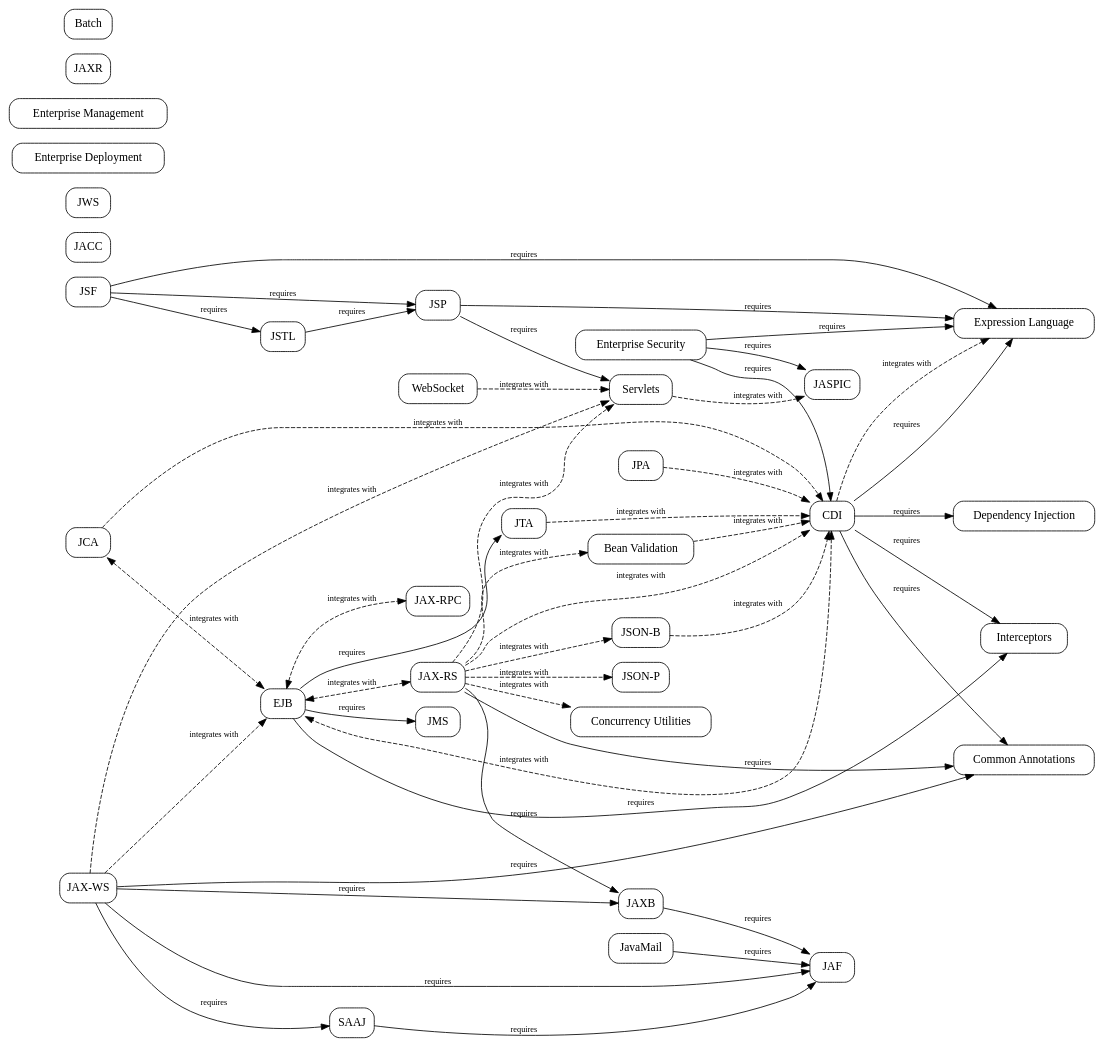
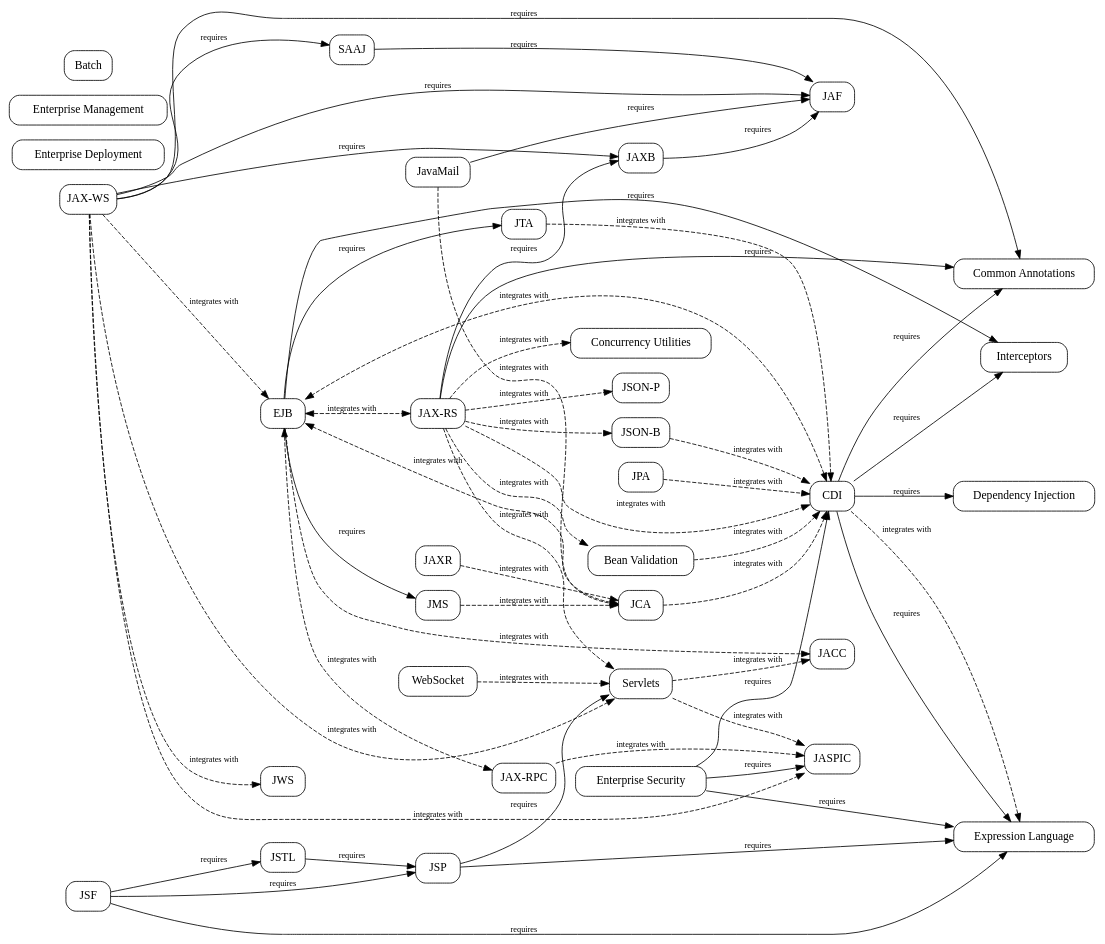
The diagram in src/dot/specs.dot (eclipse-ee4j/ee4j-website), drawn with Graphviz before and after one commit. The commit also changed 3 other files, not shown here.

```diff
--- a/src/dot/specs.dot
+++ b/src/dot/specs.dot
@@ -1,115 +1,123 @@
 /********************************************************************************
  * Copyright (c) 2018 Contributors to the Eclipse Foundation
  * 
  * See the NOTICE file(s) distributed with this work for additional
  * information regarding copyright ownership.
  * 
  * This program and the accompanying materials are made available under the
  * terms of the Eclipse Distribution License v. 1.0 which is available at
  * http://www.eclipse.org/org/documents/edl-v10.php.
  * 
  * SPDX-License-Identifier: BSD-3-Clause
  ********************************************************************************/
 
 // This file defines a graph of the relationship between the Jakarta EE specs.
 //
 // Render using Graphviz.
 // e.g. 
 // > dot specs.dot -Tsvg > specs.svg
 //
 
 digraph G {
 	rankdir=LR;
 	rank=same;
 
 	// "Specification" nodes
 	node[ shape=box, style="rounded" ];
 	ca[ label="Common Annotations" ];
 	ejb[ label="EJB" ];
 	el[ label="Expression Language" ];
 	es[ label="Enterprise Security" ];
 	interceptors[ label="Interceptors" ];
 	jacc[label="JACC"];
 	jaf[ label="JAF" ];
 	javamail[ label="JavaMail" ];
 	jaspic[label="JASPIC"]; 
 	jaxws[ label="JAX-WS" ];
 	jws[ label="JWS" ];
 	jaxb[ label="JAXB" ];
 	jaxrs[ label="JAX-RS" ];
 	jca[ label="JCA" ];
 	jms[ label="JMS" ];
 	jpa[ label="JPA" ];
 	jsonb[ label="JSON-B" ];
 	jsonp[ label="JSON-P" ];
 	jsf[ label="JSF" ];
 	jsp[ label="JSP" ];
 	jstl[ label="JSTL" ];
 	jta[ label="JTA" ];
 	deployment[ label="Enterprise Deployment" ];
 	management[ label="Enterprise Management" ];
 	jaxr[ label="JAXR" ];
 	servlet[ label="Servlets" ];
 	websocket[ label="WebSocket" ];
 	jaxrpc[ label="JAX-RPC" ];
 	saaj[ label="SAAJ" ];
 	cdi[ label="CDI" ];
 	di[ label="Dependency Injection" ];
 	bv[ label="Bean Validation" ];
 	batch[ label="Batch" ];
 	cu[ label="Concurrency Utilities" ];
 
 	edge[ fontsize=10 ];
 
 	// References between specifications.
 	// e.g. EJB requires Interceptors, JTA, ...
 	edge[ label="requires", style="solid" ];
 	ejb -> interceptors;
 	ejb -> jta;
 	ejb -> jms;
 	jsf -> jsp;
 	jsf -> el;
 	jsf -> jstl;
 	jstl -> jsp;
 	jsp -> servlet;
 	jsp -> el;
 	javamail -> jaf;
 	jaxws -> jaf;
 	es -> jaspic;
 	es -> cdi;
 	es -> el;
 	cdi -> di;
 	cdi -> interceptors;
 	cdi -> el;
 	cdi -> ca;
 	jaxrs -> ca;
 	jaxrs -> jaxb;
 	jaxws -> ca;
 	jaxws -> saaj;
 	jaxws -> jaxb;
 	jaxb -> jaf;
 	saaj -> jaf;
 
 	// Integrations between specifications.
 	edge[ label="integrates with", style="dashed" ];
 	cdi -> ejb[ dir="both" ];
 	cdi -> el; // TODO: is EL really REQUIRED on Jakarta EE Platform Containers? CDI-EL integration is mandatory for JSP and JSF
 	ejb -> jaxrs [ dir="both" ]; // TODO: both specs define integration semantics
 	ejb -> jaxrpc [ dir="both" ]; // TODO: this is pruned so can't be considered required
+	ejb -> jacc;
 	jaxrs -> servlet;
 	jaxrs -> cdi;
 	jaxrs -> bv;
 	jaxrs -> jsonp;
 	jaxrs -> jsonb;
 	jaxrs -> cu;
 	jaxws -> ejb; // TODO: only via JSR109?
 	jaxws -> servlet;
+	jaxws -> jaspic;
+	jaxrpc -> jaspic;
+	jaxws -> jws;
 	jca -> ejb[ dir="both" ]; // TODO: who really defines the relationship?
 	jca -> cdi; // TODO: 21.5 says something about dependency injection. Is JCA really integrated with CDI?
 	jpa -> cdi;
 	bv -> cdi;
 	jsonb -> cdi;
 	jta -> cdi;
 	servlet -> jaspic;
+	servlet -> jacc;
 	websocket -> servlet; // TODO: is this integration REQUIRED on Jakarta EE Platform containers?
+	jms -> jca;
+	javamail -> jca;
+	jaxr -> jca;
 }
```
